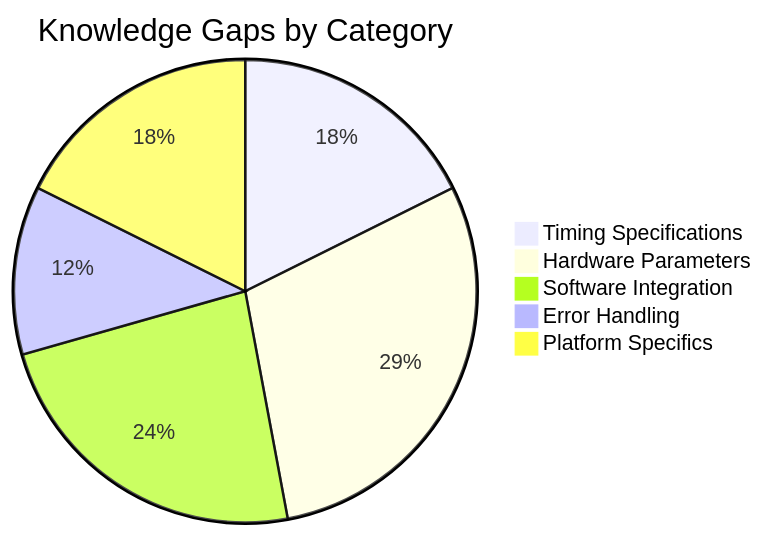
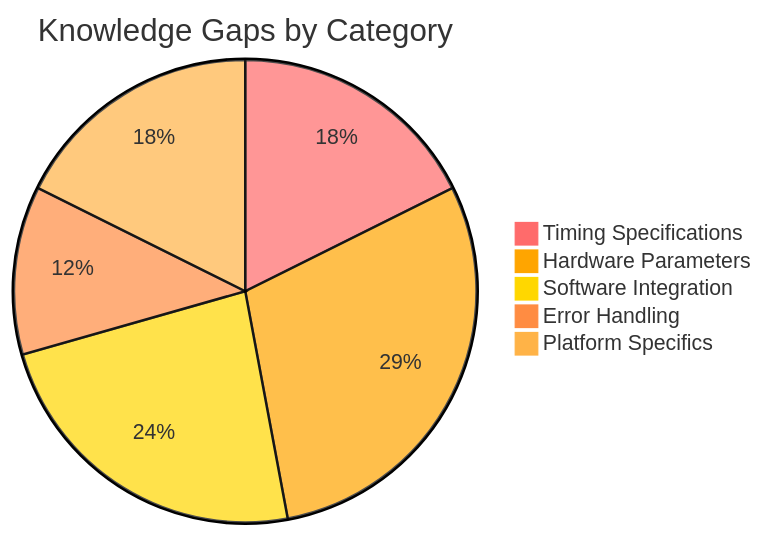
One commit to phantom-man/PROVES_LIBRARY changed the eighth of 9 diagrams in docs/diagrams/knowledge-gaps.md. Above: the diagram before and after it, drawn with Mermaid. The commit also changed other lines of this file and 10 other files, not shown here.

Commit message:
chore: remove leftover mermaid customizations

````diff
--- a/docs/diagrams/knowledge-gaps.md
+++ b/docs/diagrams/knowledge-gaps.md
@@ -548,8 +552,9 @@
 ```mermaid
+%%{init: {'theme':'base', 'themeVariables': { 'pie1':'#ff6b6b', 'pie2':'#ffa500', 'pie3':'#ffd700', 'pie4':'#ff8c42', 'pie5':'#ffb347'}}}%%
 pie title Knowledge Gaps by Category
     "Timing Specifications" : 3
     "Hardware Parameters" : 5
     "Software Integration" : 4
     "Error Handling" : 2
     "Platform Specifics" : 3
 ```
````
